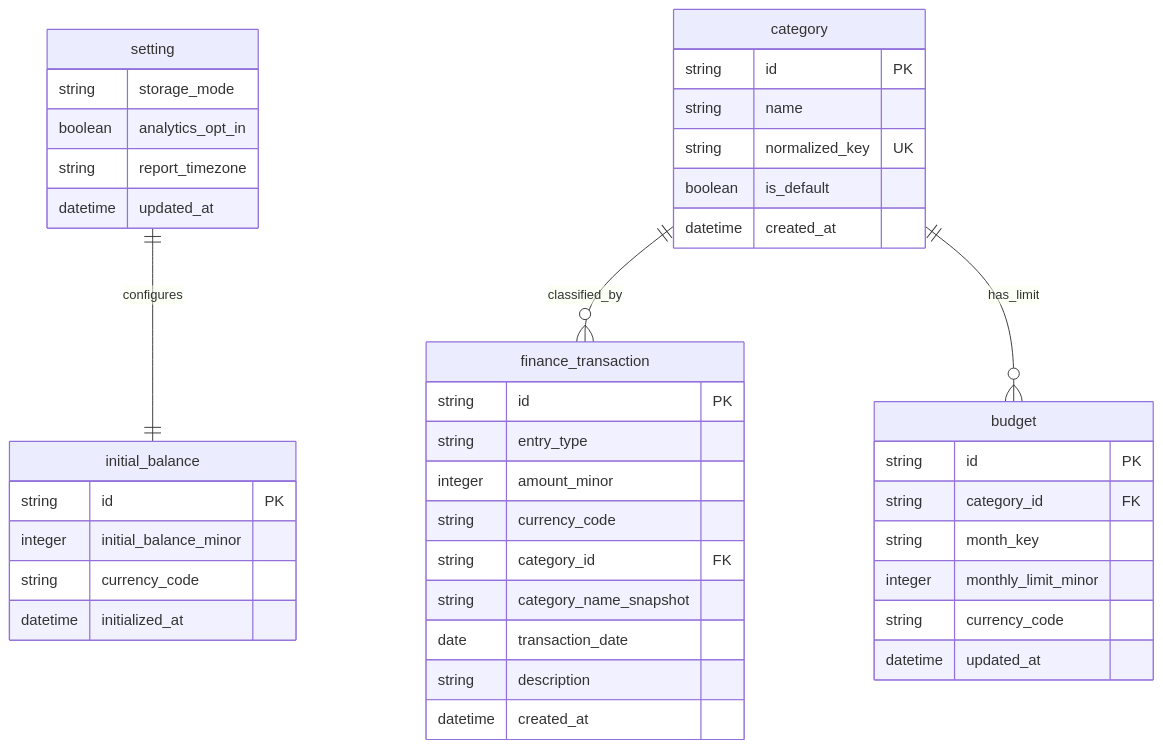
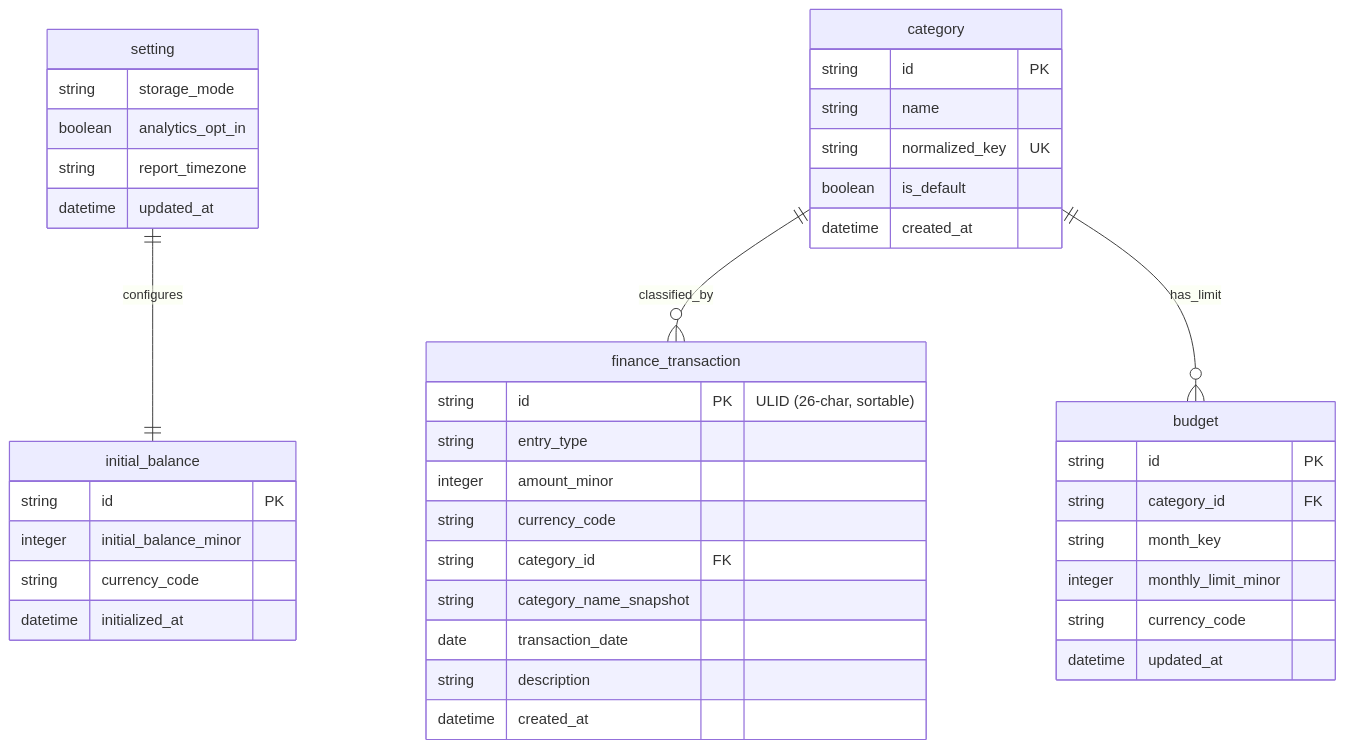
The diagram in docs/diagrams/trd/001-trd-data-model-erd.mmd (handiism/infinita), drawn with Mermaid before and after one commit. The commit also changed 7 other files, not shown here.

```diff
--- a/docs/diagrams/trd/001-trd-data-model-erd.mmd
+++ b/docs/diagrams/trd/001-trd-data-model-erd.mmd
@@ -1,47 +1,47 @@
 erDiagram
     setting ||--|| initial_balance : configures
     category ||--o{ finance_transaction : classified_by
     category ||--o{ budget : has_limit
 
     setting {
         string storage_mode
         boolean analytics_opt_in
         string report_timezone
         datetime updated_at
     }
 
     initial_balance {
         string id PK
         integer initial_balance_minor
         string currency_code
         datetime initialized_at
     }
 
     category {
         string id PK
         string name
         string normalized_key UK
         boolean is_default
         datetime created_at
     }
 
     finance_transaction {
-        string id PK
+        string id PK "ULID (26-char, sortable)"
         string entry_type
         integer amount_minor
         string currency_code
         string category_id FK
         string category_name_snapshot
         date transaction_date
         string description
         datetime created_at
     }
 
     budget {
         string id PK
         string category_id FK
         string month_key
         integer monthly_limit_minor
         string currency_code
         datetime updated_at
     }
```
